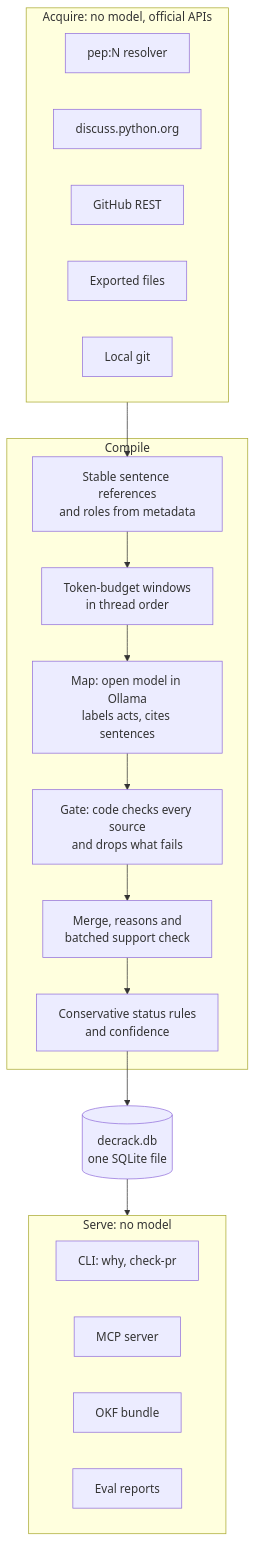
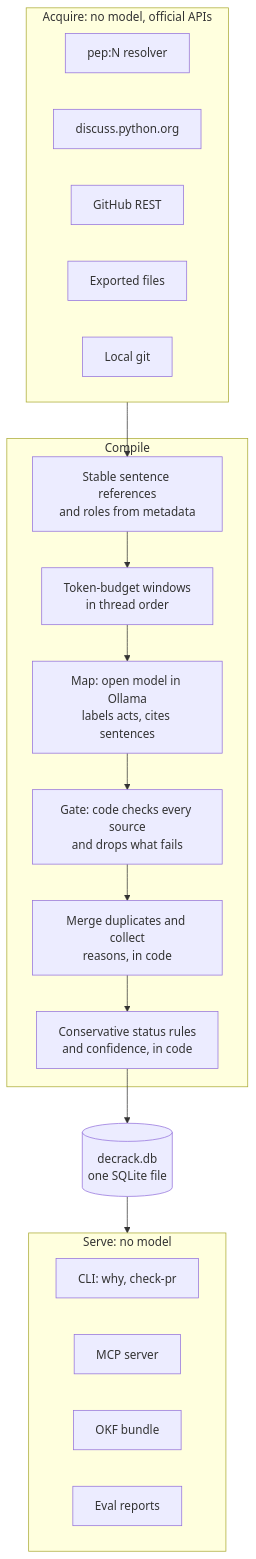
Before and after one commit to Madhav-GPT/DecRack: the first of 2 diagrams in README.md, drawn with Mermaid. The commit also changed other lines of this file and 6 other files, not shown here.

````diff
--- a/README.md
+++ b/README.md
@@ -111,28 +117,28 @@
 ```mermaid
 flowchart TD
     subgraph ACQ["Acquire: no model, official APIs"]
         direction LR
         S1["pep:N resolver"]
         S2["discuss.python.org"]
         S3["GitHub REST"]
         S4["Exported files"]
         S5["Local git"]
     end
     subgraph CMP["Compile"]
         C1["Stable sentence references<br/>and roles from metadata"] --> C2["Token-budget windows<br/>in thread order"]
         C2 --> C3["Map: open model in Ollama<br/>labels acts, cites sentences"]
         C3 --> C4["Gate: code checks every source<br/>and drops what fails"]
-        C4 --> C5["Merge, reasons and<br/>batched support check"]
-        C5 --> C6["Conservative status rules<br/>and confidence"]
+        C4 --> C5["Merge duplicates and collect<br/>reasons, in code"]
+        C5 --> C6["Conservative status rules<br/>and confidence, in code"]
     end
     subgraph SRV["Serve: no model"]
         direction LR
         V1["CLI: why, check-pr"]
         V2["MCP server"]
         V3["OKF bundle"]
         V4["Eval reports"]
     end
     ACQ --> C1
     C6 --> DB[("decrack.db<br/>one SQLite file")]
     DB --> SRV
 ```
````
